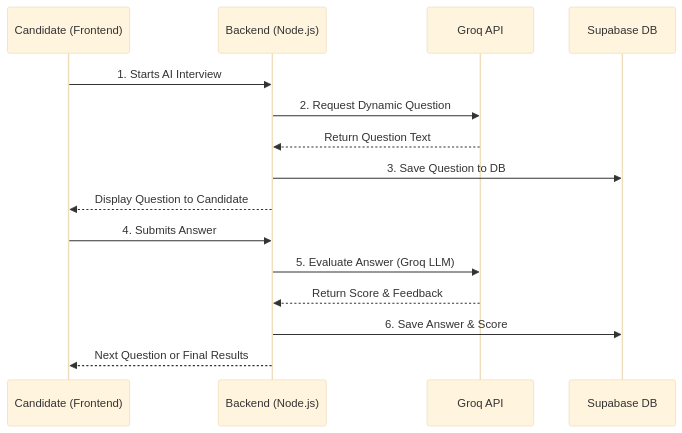
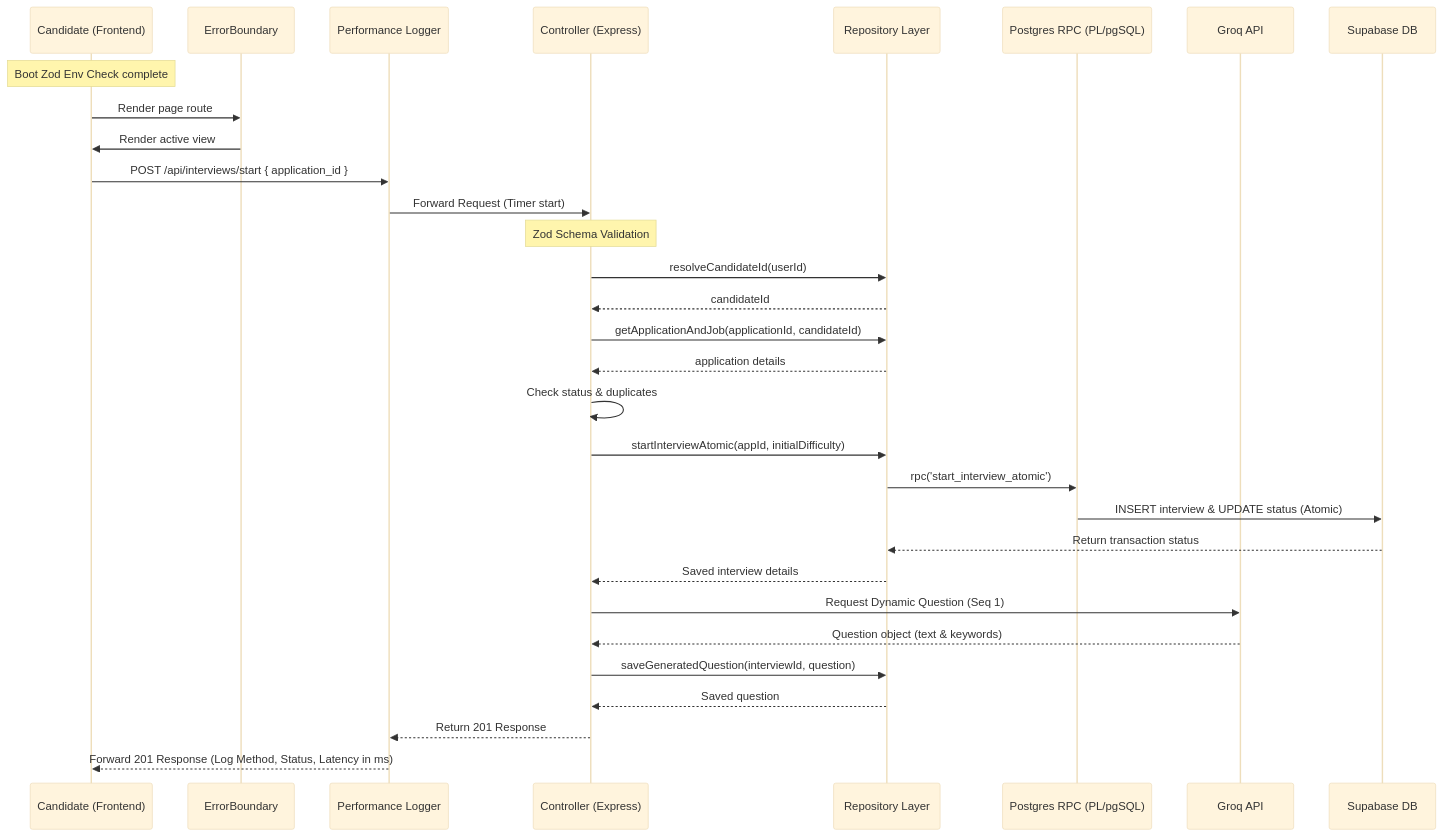
Before and after one commit to Maham-Javed/FYP_Project: the third of 3 diagrams in rules/SystemDesign.md, drawn with Mermaid (base theme). The commit also changed other lines of this file and 21 other files, not shown here.

Commit message:
feat: initialize backend microservice with interview controller, adaptive AI logic, and robust error handling.

````diff
--- a/rules/SystemDesign.md
+++ b/rules/SystemDesign.md
@@ -139,19 +147,38 @@
 ```mermaid
 sequenceDiagram
     participant C as Candidate (Frontend)
-    participant B as Backend (Node.js)
+    participant EB as ErrorBoundary
+    participant L as Performance Logger
+    participant B as Controller (Express)
+    participant R as Repository Layer
+    participant RPC as Postgres RPC (PL/pgSQL)
     participant AI as Groq API
     participant DB as Supabase DB
 
-    C->>B: 1. Starts AI Interview
-    B->>AI: 2. Request Dynamic Question
-    AI-->>B: Return Question Text
-    B->>DB: 3. Save Question to DB
-    B-->>C: Display Question to Candidate
-
-    C->>B: 4. Submits Answer
-    B->>AI: 5. Evaluate Answer (Groq LLM)
-    AI-->>B: Return Score & Feedback
-    B->>DB: 6. Save Answer & Score
-    B-->>C: Next Question or Final Results
+    Note over C: Boot Zod Env Check complete
+    C->>EB: Render page route
+    EB->>C: Render active view
+    
+    C->>L: POST /api/interviews/start { application_id }
+    L->>B: Forward Request (Timer start)
+    Note over B: Zod Schema Validation
+    B->>R: resolveCandidateId(userId)
+    R-->>B: candidateId
+    B->>R: getApplicationAndJob(applicationId, candidateId)
+    R-->>B: application details
+    
+    B->>B: Check status & duplicates
+    
+    B->>R: startInterviewAtomic(appId, initialDifficulty)
+    R->>RPC: rpc('start_interview_atomic')
+    RPC->>DB: INSERT interview & UPDATE status (Atomic)
+    DB-->>R: Return transaction status
+    R-->>B: Saved interview details
+    
+    B->>AI: Request Dynamic Question (Seq 1)
+    AI-->>B: Question object (text & keywords)
+    B->>R: saveGeneratedQuestion(interviewId, question)
+    R-->>B: Saved question
+    B-->>L: Return 201 Response
+    L-->>C: Forward 201 Response (Log Method, Status, Latency in ms)
 ```
````
